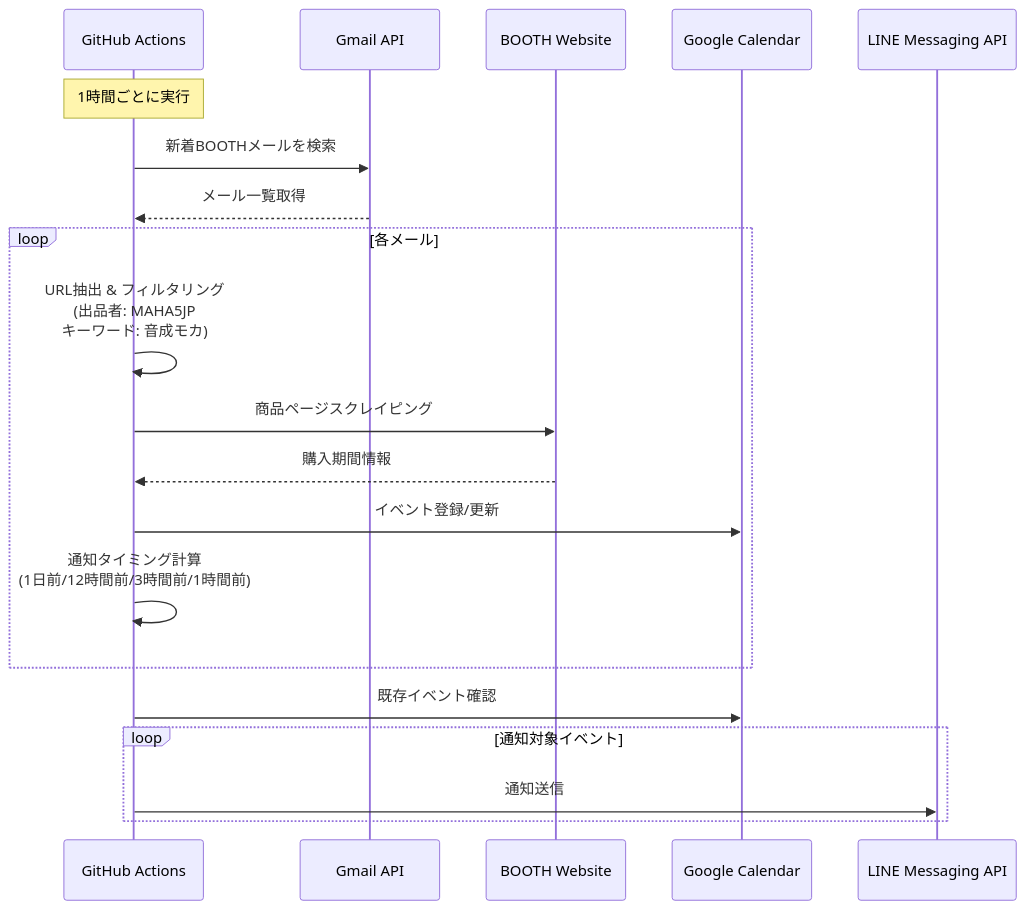
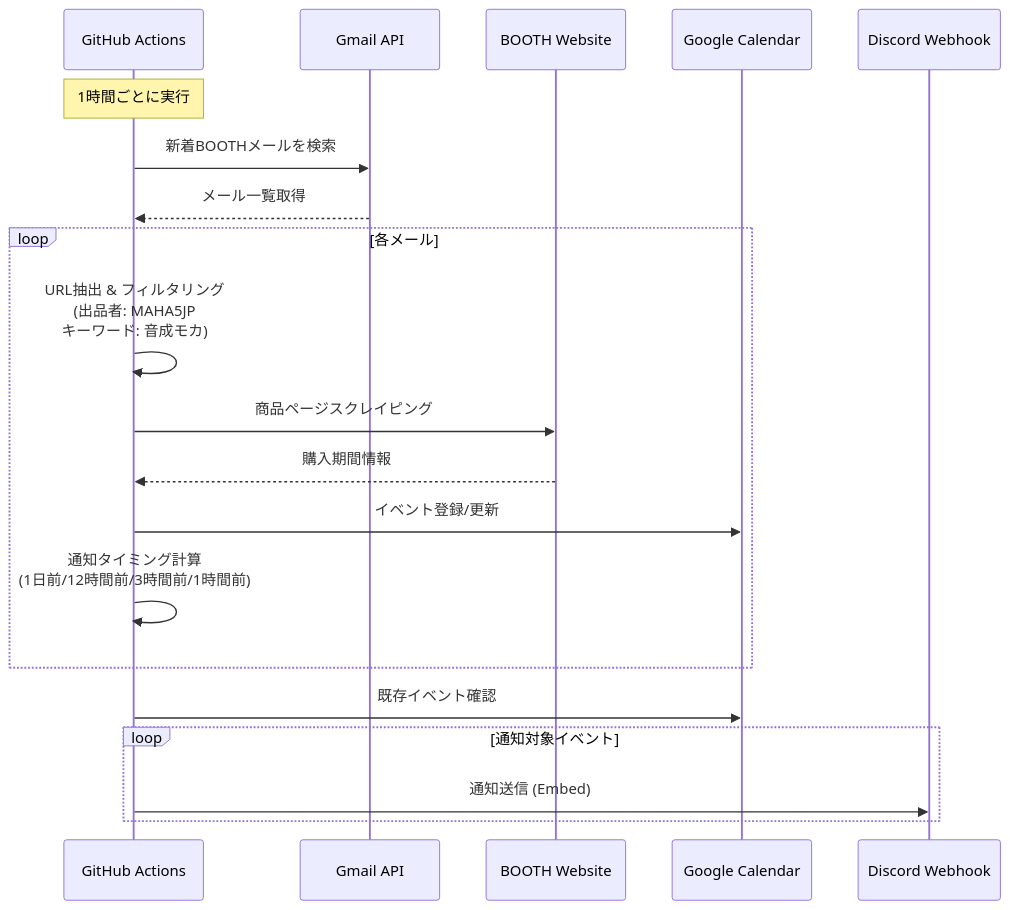
Before and after one commit to UtakataKyosui/LifeManageLLMAction: the diagram in README.md, drawn with Mermaid. The commit also changed other lines of this file and 4 other files, not shown here.

````diff
--- a/README.md
+++ b/README.md
@@ -20,25 +20,25 @@
 ```mermaid
 sequenceDiagram
     participant GHA as GitHub Actions
     participant Gmail as Gmail API
     participant BOOTH as BOOTH Website
     participant GCal as Google Calendar
-    participant LINE as LINE Messaging API
+    participant Discord as Discord Webhook
     
     Note over GHA: 1時間ごとに実行
     GHA->>Gmail: 新着BOOTHメールを検索
     Gmail-->>GHA: メール一覧取得
     
     loop 各メール
         GHA->>GHA: URL抽出 & フィルタリング<br/>(出品者: MAHA5JP<br/>キーワード: 音成モカ)
         GHA->>BOOTH: 商品ページスクレイピング
         BOOTH-->>GHA: 購入期間情報
         GHA->>GCal: イベント登録/更新
         GHA->>GHA: 通知タイミング計算<br/>(1日前/12時間前/3時間前/1時間前)
     end
     
     GHA->>GCal: 既存イベント確認
     loop 通知対象イベント
-        GHA->>LINE: 通知送信
+        GHA->>Discord: 通知送信 (Embed)
     end
 ```
````
